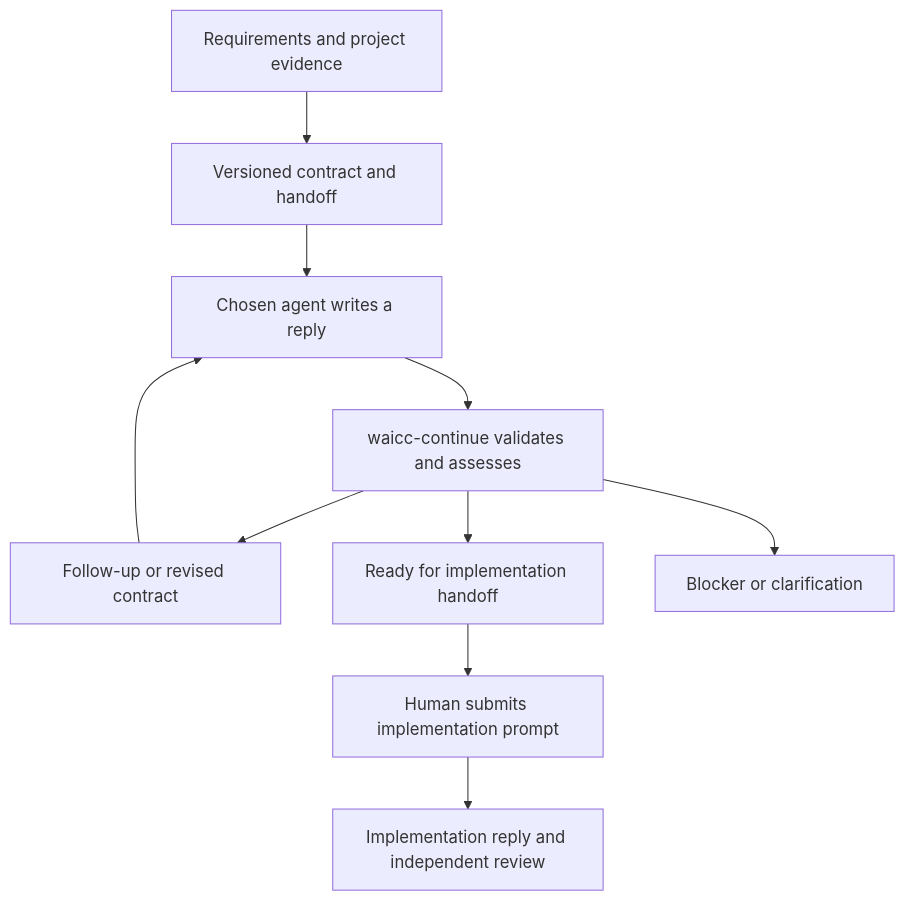
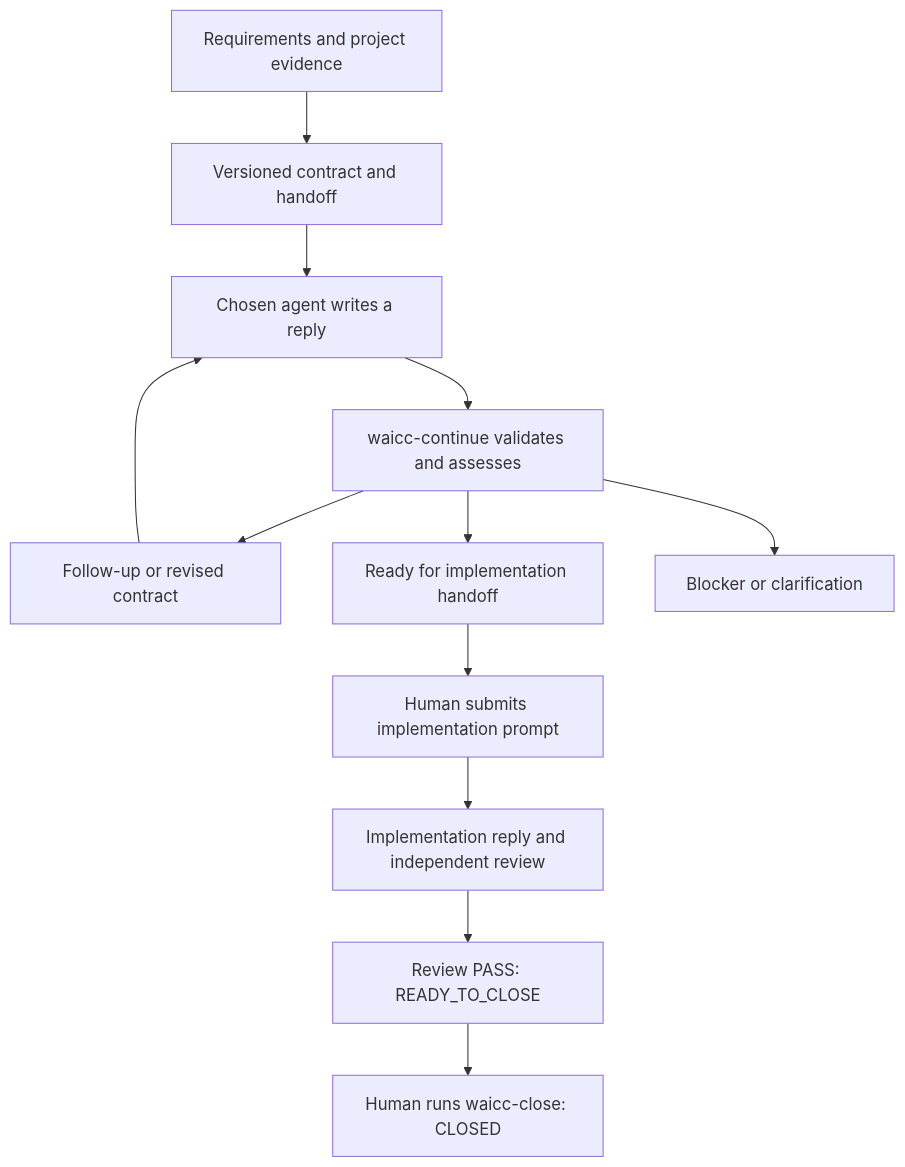
The diagram in README.md (whatley95/pi-waicc), drawn with Mermaid before and after one commit. The commit also changed other lines of this file and 12 other files, not shown here.

````diff
--- a/README.md
+++ b/README.md
@@ -73,12 +76,14 @@
 ```mermaid
 flowchart TD
     A[Requirements and project evidence] --> B[Versioned contract and handoff]
     B --> C[Chosen agent writes a reply]
     C --> D[waicc-continue validates and assesses]
     D --> E[Follow-up or revised contract]
     E --> C
     D --> F[Ready for implementation handoff]
     D --> G[Blocker or clarification]
     F --> H[Human submits implementation prompt]
     H --> I[Implementation reply and independent review]
+    I --> J[Review PASS: READY_TO_CLOSE]
+    J --> K[Human runs waicc-close: CLOSED]
 ```
````
